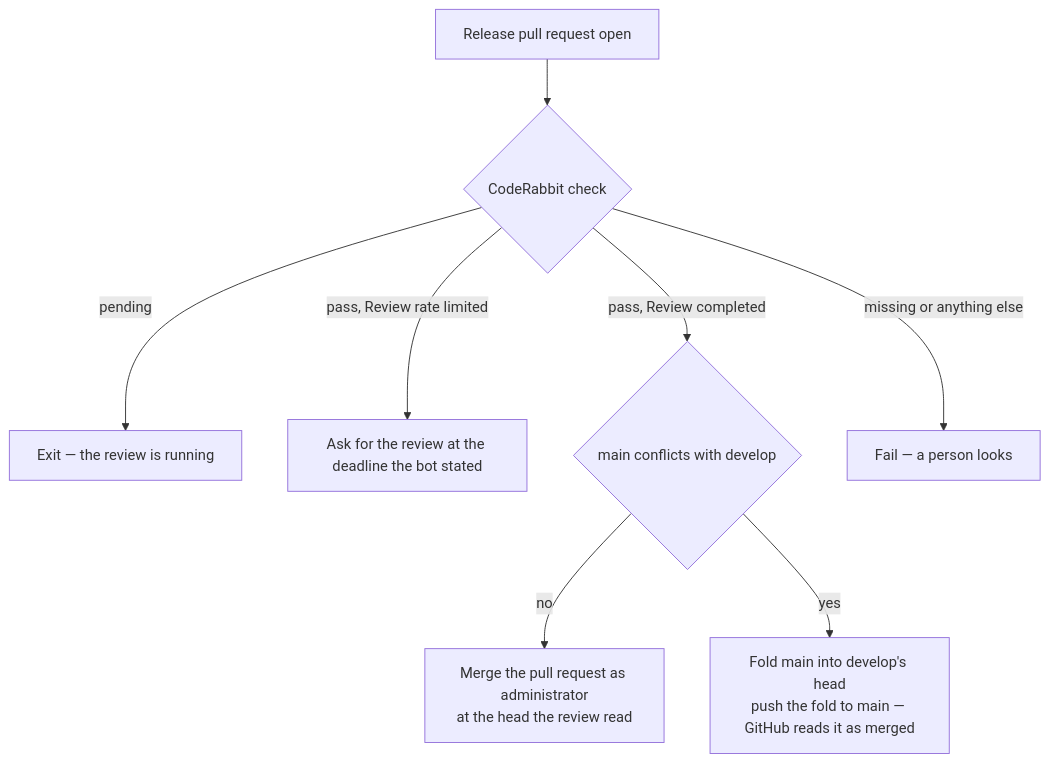
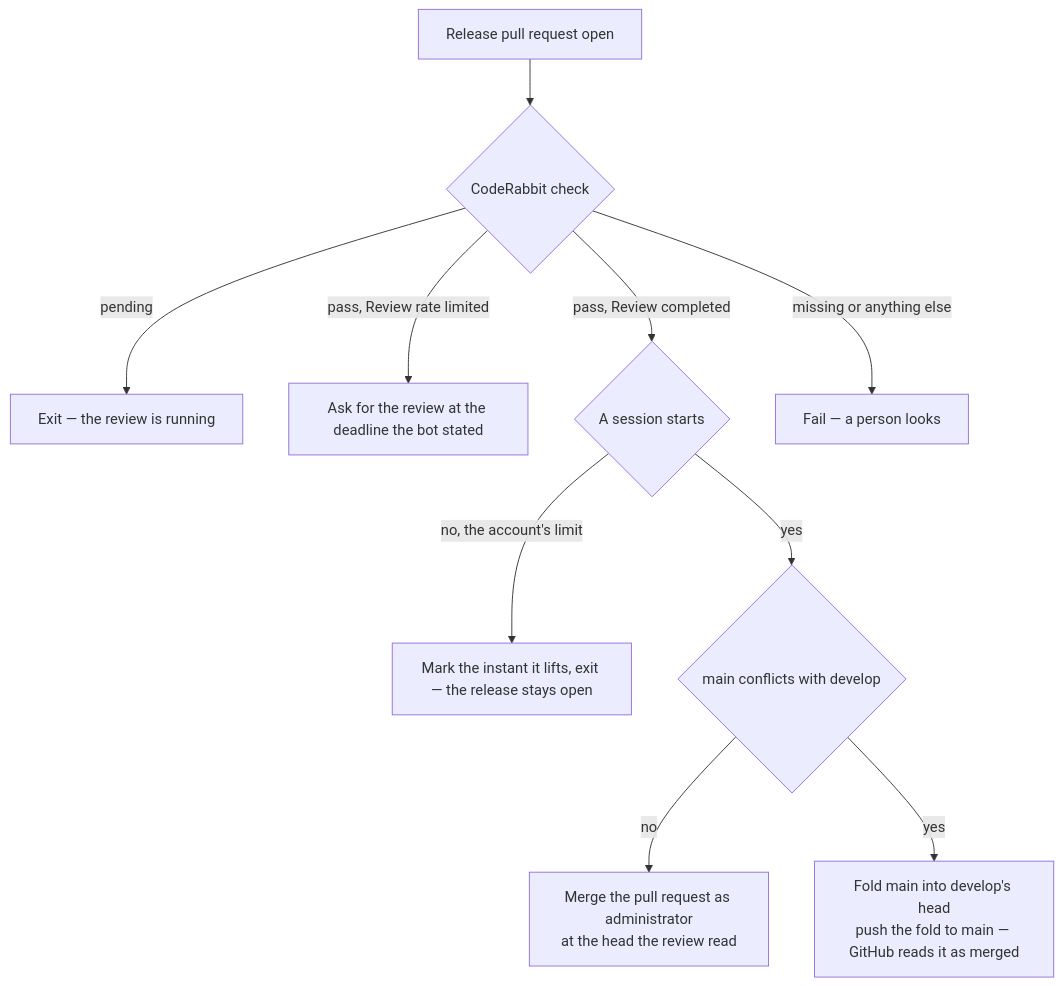
The first of 3 diagrams in apps/web/content/docs/infra/review-collector/collection-cycle.md (Esposter/Esposter), drawn with Mermaid before and after one commit. The commit also changed other lines of this file and 20 other files, not shown here.

````diff
--- a/apps/web/content/docs/infra/review-collector/collection-cycle.md
+++ b/apps/web/content/docs/infra/review-collector/collection-cycle.md
@@ -41,10 +41,12 @@
 ```mermaid
 flowchart TD
   S[Release pull request open] --> ST{CodeRabbit check}
   ST -->|pending| X1[Exit — the review is running]
   ST -->|pass, Review rate limited| RL[Ask for the review at the deadline the bot stated]
-  ST -->|pass, Review completed| FC{main conflicts with develop}
+  ST -->|pass, Review completed| PB{A session starts}
   ST -->|missing or anything else| X2[Fail — a person looks]
+  PB -->|no, the account's limit| X3[Mark the instant it lifts, exit — the release stays open]
+  PB -->|yes| FC{main conflicts with develop}
   FC -->|no| MG[Merge the pull request as administrator<br/>at the head the review read]
   FC -->|yes| FR[Fold main into develop's head<br/>push the fold to main — GitHub reads it as merged]
 ```
````
